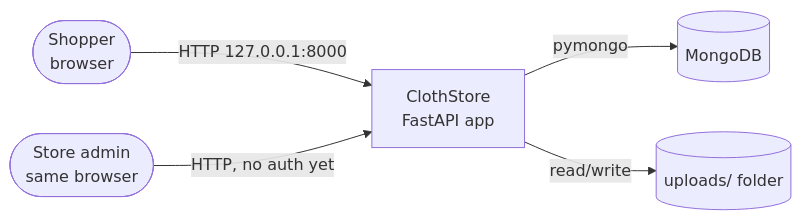
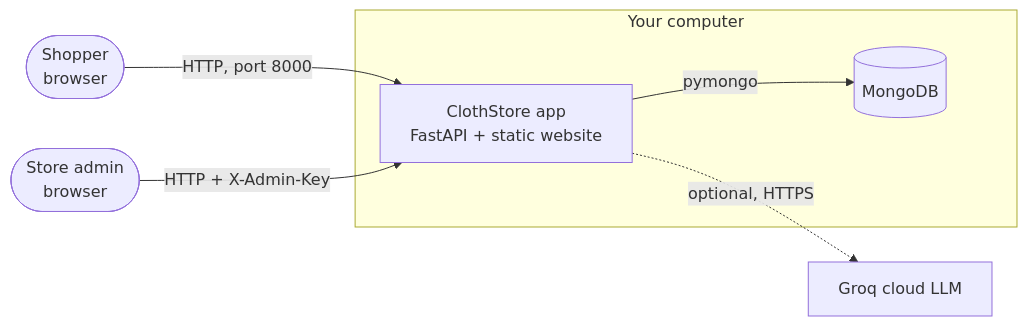
Before and after one commit to abhishek-tiwari-nitrr/ChatCloset: the first of 4 diagrams in docs/HLD.md, drawn with Mermaid. The commit also changed other lines of this file and 7 other files, not shown here.

````diff
--- a/docs/HLD.md
+++ b/docs/HLD.md
@@ -13,7 +13,11 @@
 ```mermaid
 flowchart LR
-    shopper([Shopper<br/>browser]) -->|HTTP 127.0.0.1:8000| app[ClothStore<br/>FastAPI app]
-    admin([Store admin<br/>same browser]) -->|HTTP, no auth yet| app
-    app -->|pymongo| db[(MongoDB)]
-    app -->|read/write| fs[(uploads/ folder)]
+    shopper([Shopper<br/>browser]) -->|HTTP, port 8000| app
+    admin([Store admin<br/>browser]) -->|HTTP + X-Admin-Key| app
+    subgraph machine [Your computer]
+        app[ClothStore app<br/>FastAPI + static website]
+        db[(MongoDB)]
+    end
+    app -->|pymongo| db
+    app -.->|optional, HTTPS| groq[Groq cloud LLM]
 ```
````
